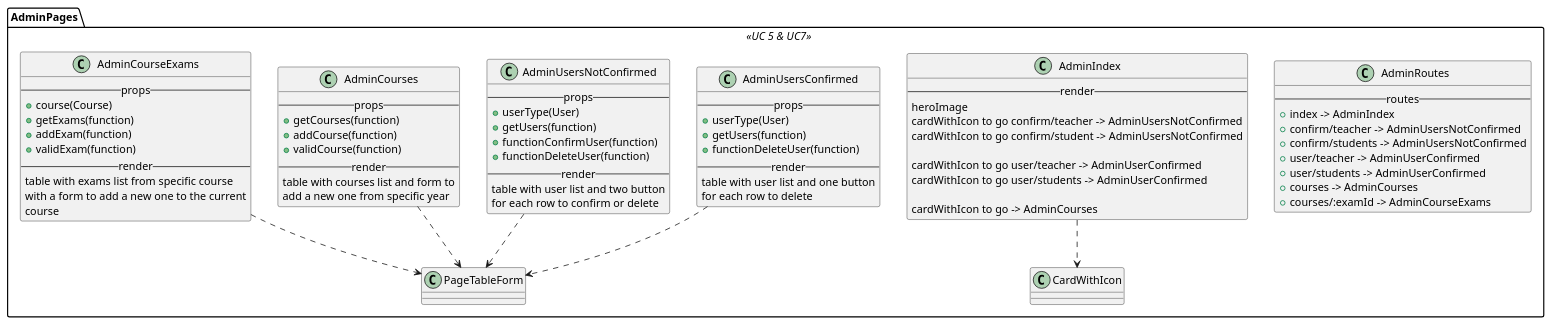
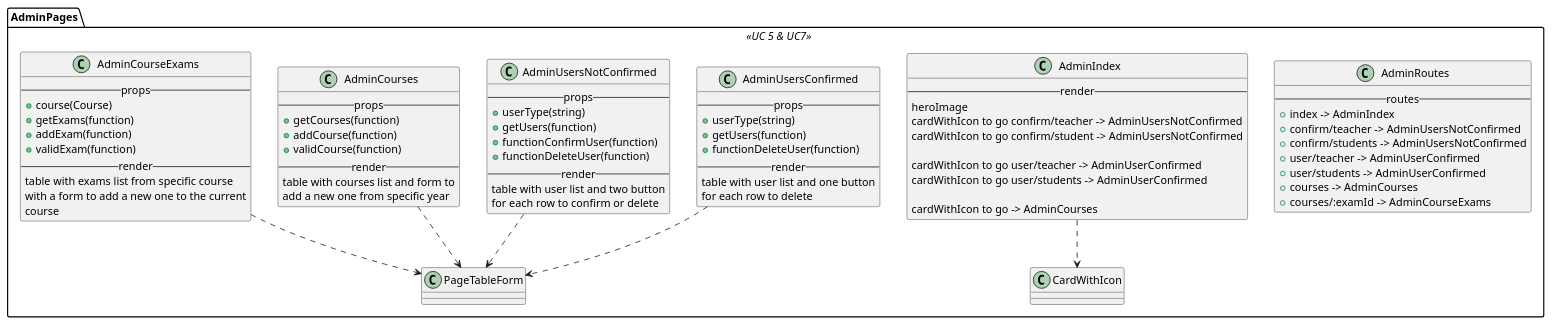
The diagram in react/admin/index.iuml (M9k/Marvin-Uml), drawn with PlantUML before and after one commit. The commit also changed 2 other files, not shown here.

```diff
--- a/react/admin/index.iuml
+++ b/react/admin/index.iuml
@@ -1,74 +1,74 @@
 package AdminPages <<UC 5 & UC7>> {
 
 class AdminRoutes{
 --routes--
 + index -> AdminIndex
 + confirm/teacher -> AdminUsersNotConfirmed
 + confirm/students -> AdminUsersNotConfirmed
 + user/teacher -> AdminUserConfirmed
 + user/students -> AdminUserConfirmed
 + courses -> AdminCourses
 + courses/:examId -> AdminCourseExams
 }
 
 class AdminIndex{
 --render--
     heroImage
     cardWithIcon to go confirm/teacher -> AdminUsersNotConfirmed
     cardWithIcon to go confirm/student -> AdminUsersNotConfirmed
 
     cardWithIcon to go user/teacher -> AdminUserConfirmed
     cardWithIcon to go user/students -> AdminUserConfirmed
 
     cardWithIcon to go -> AdminCourses
 }
 AdminIndex ..> CardWithIcon
 
 class AdminUsersConfirmed{
     --props--
-        + userType(User)
+        + userType(string)
         + getUsers(function)
         + functionDeleteUser(function)
     --render--
         table with user list and one button
         for each row to delete
 }
 AdminUsersConfirmed ..> PageTableForm
 
 class AdminUsersNotConfirmed{
     --props--
-        + userType(User)
+        + userType(string)
         + getUsers(function)
         + functionConfirmUser(function)
         + functionDeleteUser(function)
     --render--
         table with user list and two button
         for each row to confirm or delete
 }
 AdminUsersNotConfirmed ..> PageTableForm
 
 class AdminCourses{
     --props--
         + getCourses(function)
         + addCourse(function)
         + validCourse(function)
     --render--
         table with courses list and form to
         add a new one from specific year
 }
 AdminCourses ..> PageTableForm
 
 class AdminCourseExams{
     --props--
         + course(Course)
         + getExams(function)
         + addExam(function)
         + validExam(function)
     --render--
         table with exams list from specific course
         with a form to add a new one to the current
         course
 }
 AdminCourseExams ..> PageTableForm
 
 }
```
